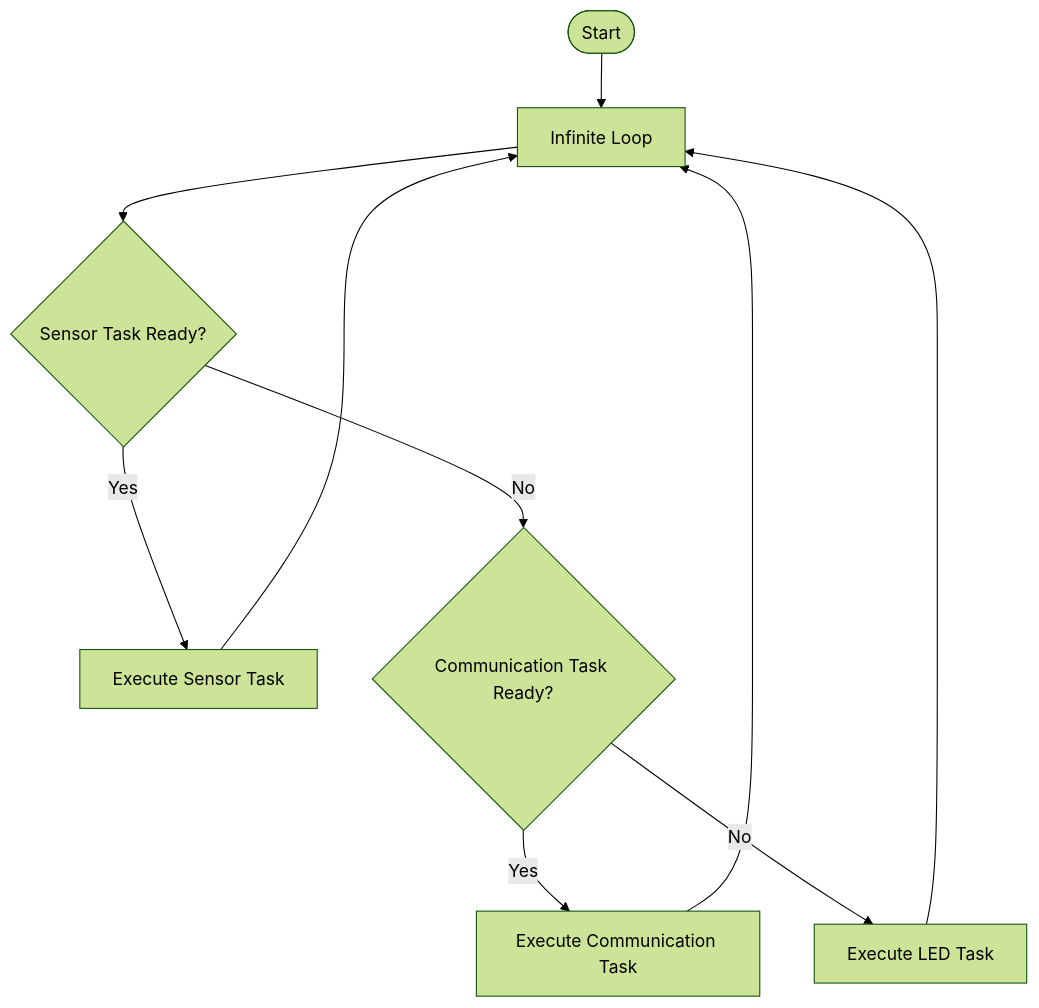
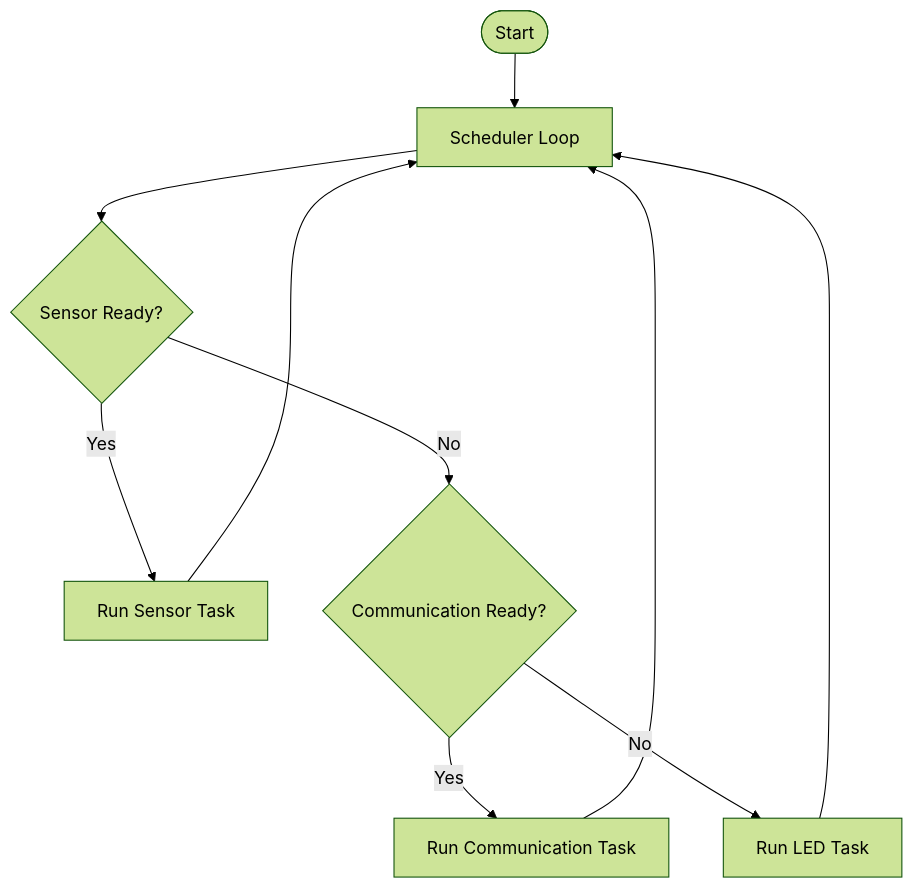
One commit to deeparakesh-dev/embedded-c-8051 changed the diagram in logic_problems/scheduler/README.md. Above: the diagram before and after it, drawn with Mermaid (forest theme).

````diff
--- a/logic_problems/scheduler/README.md
+++ b/logic_problems/scheduler/README.md
@@ -42,17 +42,17 @@
 ```mermaid
 flowchart TD
 
-Start([Start]) --> Loop[Infinite Loop]
+Start([Start]) --> Loop[Scheduler Loop]
 
-Loop --> CheckSensor{Sensor Task Ready?}
+Loop --> SensorCheck{Sensor Ready?}
 
-CheckSensor -->|Yes| RunSensor[Execute Sensor Task]
-CheckSensor -->|No| CheckComm{Communication Task Ready?}
+SensorCheck -->|Yes| SensorTask[Run Sensor Task]
+SensorCheck -->|No| CommCheck{Communication Ready?}
 
-CheckComm -->|Yes| RunComm[Execute Communication Task]
-CheckComm -->|No| RunLED[Execute LED Task]
+CommCheck -->|Yes| CommTask[Run Communication Task]
+CommCheck -->|No| LedTask[Run LED Task]
 
-RunSensor --> Loop
-RunComm --> Loop
-RunLED --> Loop
+SensorTask --> Loop
+CommTask --> Loop
+LedTask --> Loop
 ```
````
